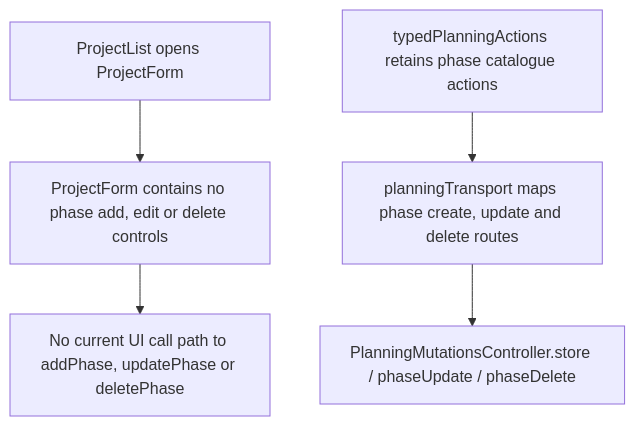
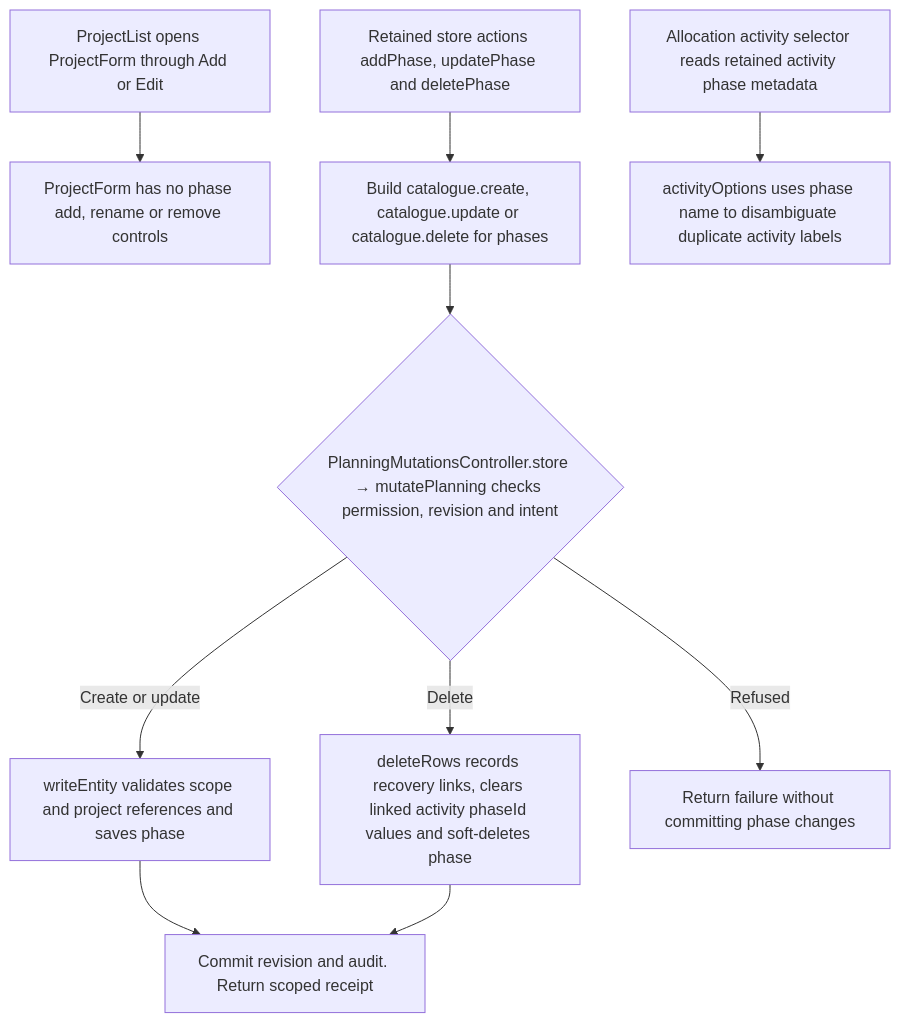
The second of 2 diagrams in user-stories/projects/US-PRJ-04-manage-phases.md (Kevinjohn/capacitylens), drawn with Mermaid before and after one commit. The commit also changed other lines of this file and 172 other files, not shown here.

Commit message:
docs: reconcile user story code flows with source

````diff
--- a/user-stories/projects/US-PRJ-04-manage-phases.md
+++ b/user-stories/projects/US-PRJ-04-manage-phases.md
@@ -35,7 +35,12 @@
 ```mermaid
 flowchart TD
-  A["ProjectList opens ProjectForm"] --> B["ProjectForm contains no phase add, edit or delete controls"]
-  B --> C["No current UI call path to addPhase, updatePhase or deletePhase"]
-  D["typedPlanningActions retains phase catalogue actions"] --> E["planningTransport maps phase create, update and delete routes"]
-  E --> F["PlanningMutationsController.store / phaseUpdate / phaseDelete"]
+  UI["ProjectList opens ProjectForm through Add or Edit"] --> ABSENT["ProjectForm has no phase add, rename or remove controls"]
+  CALLER["Retained store actions addPhase, updatePhase and deletePhase"] --> INTENT["Build catalogue.create, catalogue.update or catalogue.delete for phases"]
+  INTENT --> SERVER{"PlanningMutationsController.store → mutatePlanning checks permission, revision and intent"}
+  SERVER -->|Create or update| ROW["writeEntity validates scope and project references and saves phase"]
+  SERVER -->|Delete| DELETE["deleteRows records recovery links, clears linked activity phaseId values and soft-deletes phase"]
+  SERVER -->|Refused| ERROR["Return failure without committing phase changes"]
+  ROW --> RESULT["Commit revision and audit. Return scoped receipt"]
+  DELETE --> RESULT
+  ALLOC["Allocation activity selector reads retained activity phase metadata"] --> LABEL["activityOptions uses phase name to disambiguate duplicate activity labels"]
 ```
````
